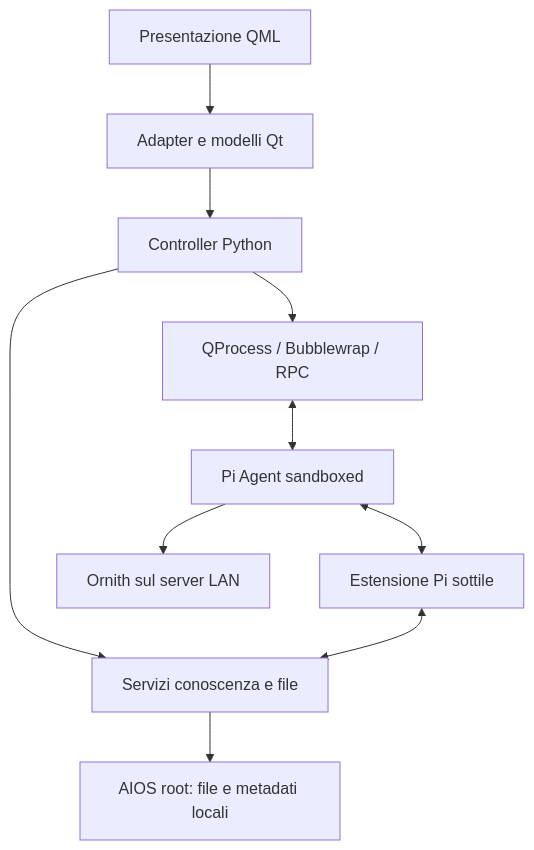
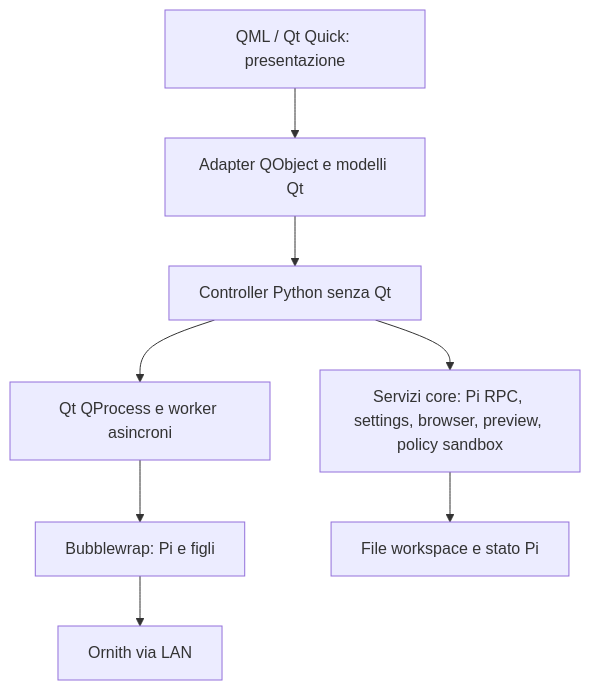
The diagram in docs/ARCHITECTURE.md (Cartaz/Pi_UI), drawn with Mermaid before and after one commit. The commit also changed other lines of this file, not shown here.

Commit message:
docs: replace obsolete proposed-only architecture with actual M0/M1 boundaries

````diff
--- a/docs/ARCHITECTURE.md
+++ b/docs/ARCHITECTURE.md
@@ -9,12 +7,10 @@
 ```mermaid
 flowchart TD
-    Q["Presentazione QML"] --> A["Adapter e modelli Qt"]
-    A --> C["Controller Python"]
-    C --> K["Servizi conoscenza e file"]
-    C --> T["QProcess / Bubblewrap / RPC"]
-    T <--> P["Pi Agent sandboxed"]
-    P --> L["Ornith sul server LAN"]
-    P <--> E["Estensione Pi sottile"]
-    E <--> K
-    K --> D["AIOS root: file e metadati locali"]
+    Q["QML / Qt Quick: presentazione"] --> A["Adapter QObject e modelli Qt"]
+    A --> C["Controller Python senza Qt"]
+    C --> K["Servizi core: Pi RPC, settings, browser, preview, policy sandbox"]
+    C --> T["Qt QProcess e worker asincroni"]
+    T --> B["Bubblewrap: Pi e figli"]
+    B --> L["Ornith via LAN"]
+    K --> W["File workspace e stato Pi"]
 ```
````
